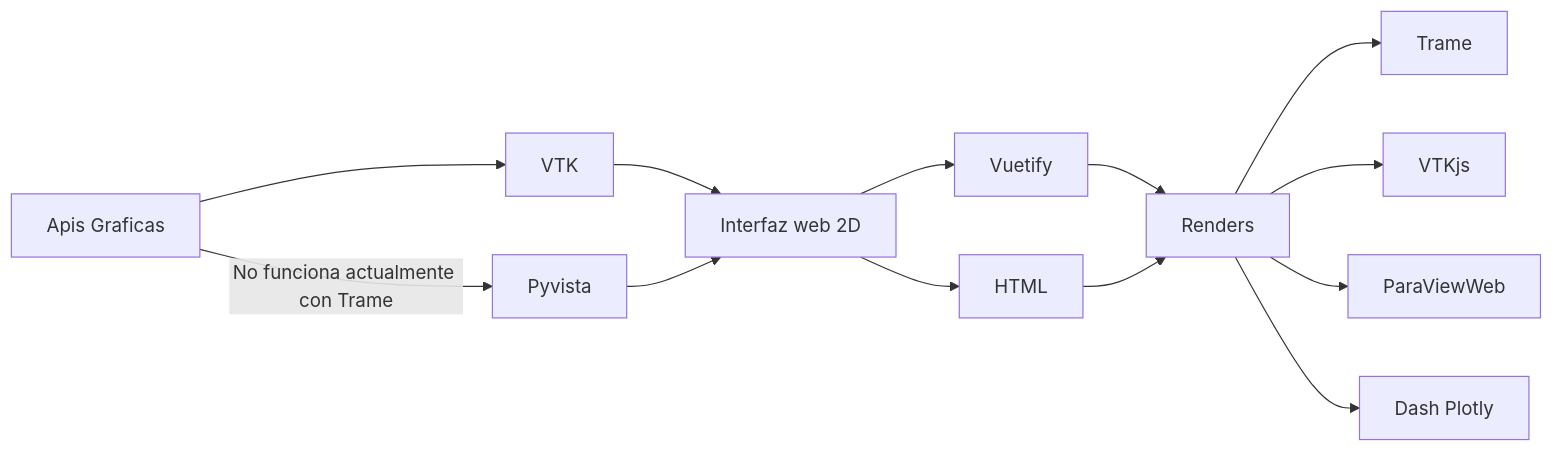
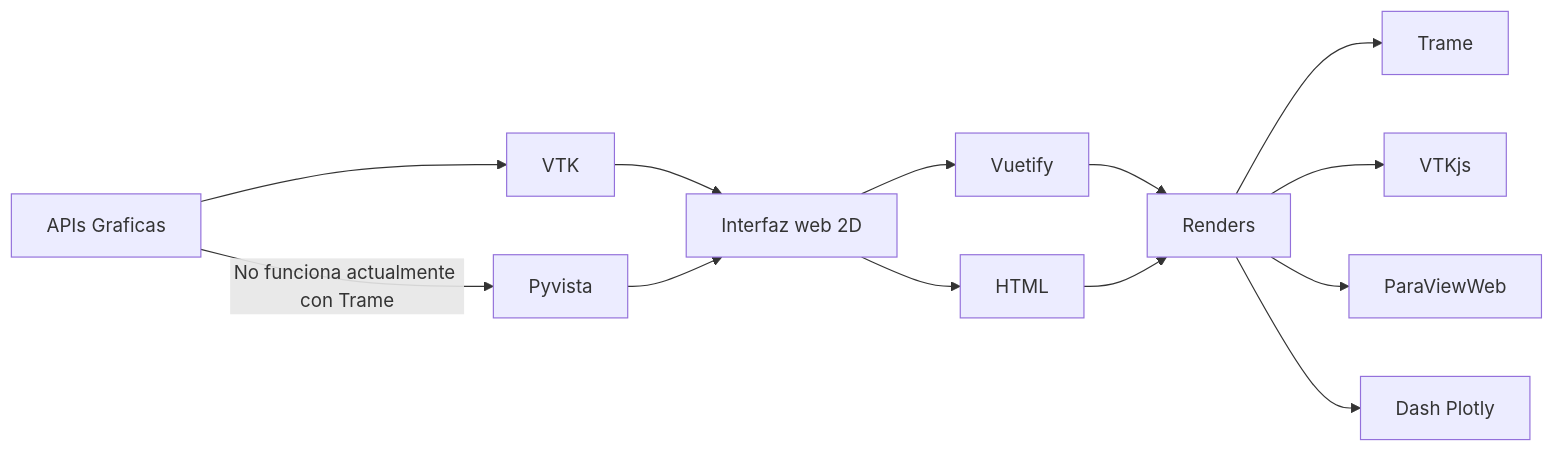
The diagram in stateOftheArt/Readme.md (oscarBarEs/myTFG), drawn with Mermaid before and after one commit. The commit also changed other lines of this file and 1 other file, not shown here.

Commit message:
State of the Art Apis

````diff
--- a/stateOftheArt/Readme.md
+++ b/stateOftheArt/Readme.md
@@ -9,15 +9,15 @@
 ```mermaid
 graph LR
-A[Apis Graficas] --> B[VTK]
+A[APIs Graficas] --> B[VTK]
 A -- No funciona actualmente con Trame --> C[Pyvista]
 B --> D[Interfaz web 2D]
 C --> D
 D --> E[Vuetify]
 D --> F[HTML]
 E --> G[Renders]
 F --> G
 G --> H[Trame]
 G --> I[VTKjs]
 G --> J[ParaViewWeb]
 G --> K[Dash Plotly]
 ```
````
